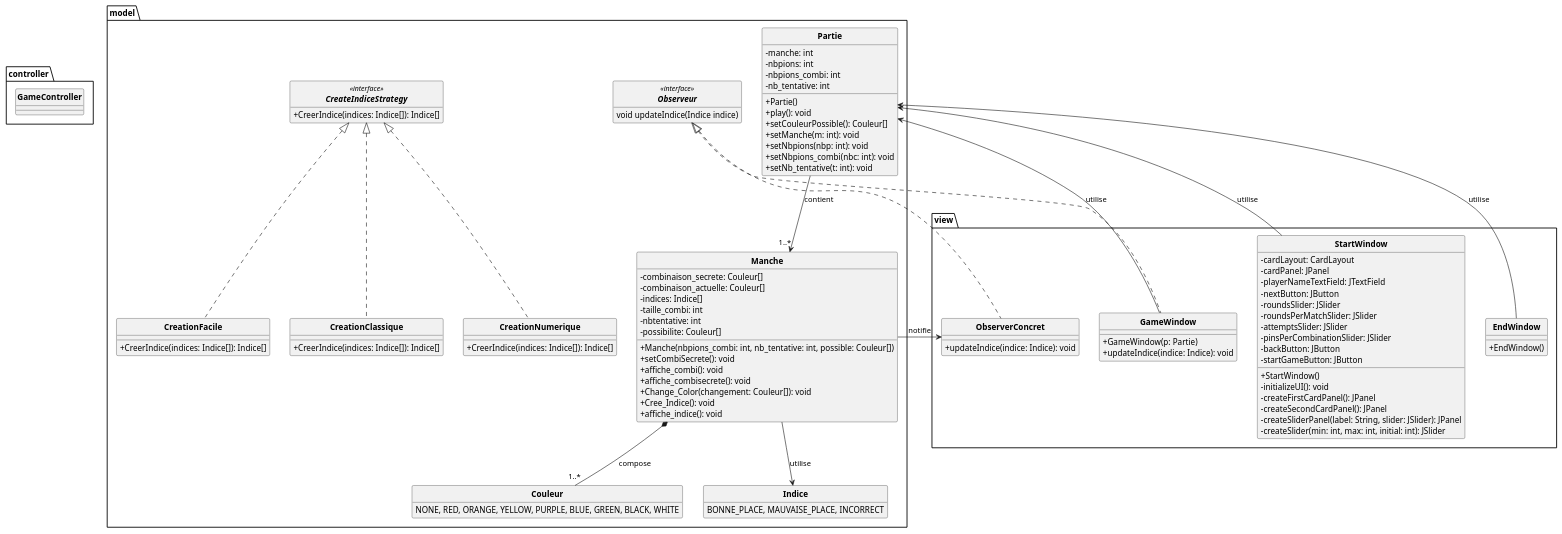
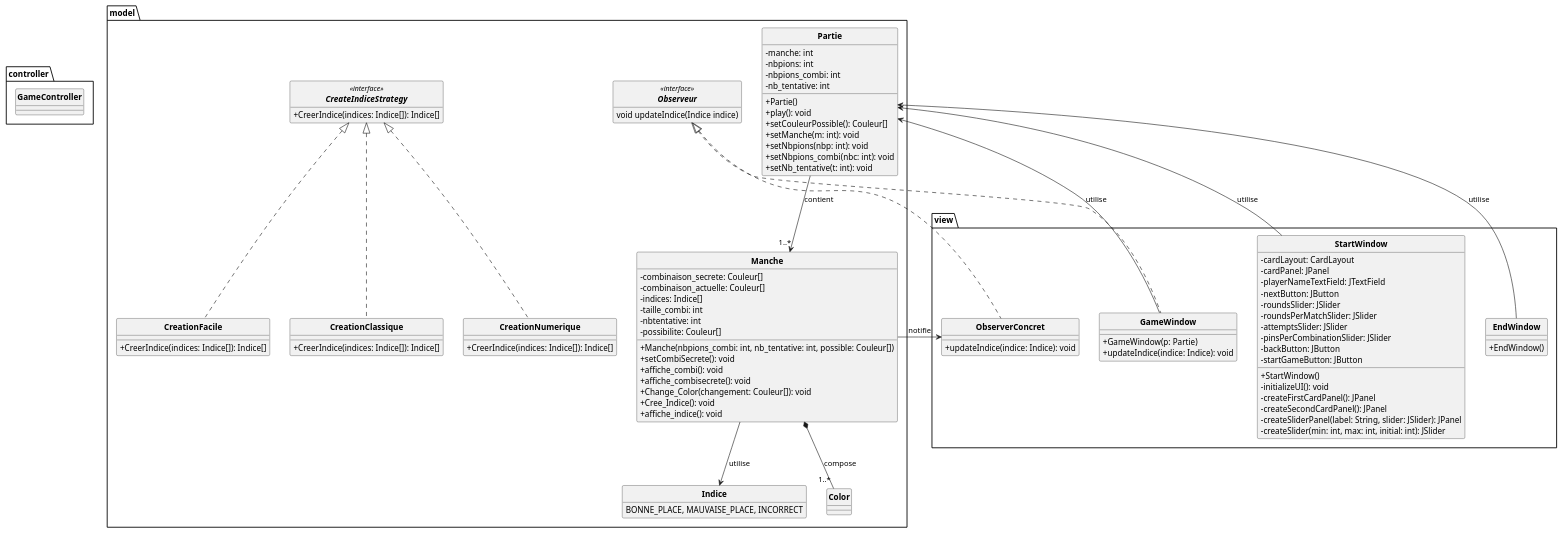
Before and after one commit to yassinkioua/Mastermind: the diagram in Projet/Projet_Mastermind/src/DCC_mastermind.puml, drawn with PlantUML. The commit also changed 43 other files, not shown here.

```diff
--- a/Projet/Projet_Mastermind/src/DCC_mastermind.puml
+++ b/Projet/Projet_Mastermind/src/DCC_mastermind.puml
@@ -1,135 +1,130 @@
 @startuml
 'https://plantuml.com/class-diagram
 
 skinparam style strictuml
 skinparam classAttributeIconSize 0
 skinparam classFontStyle Bold
 hide enum methods
 hide interface attributes
 
 package controller
 {
     class GameController{}
 }
 
 package model
 {
     class Partie
     {
         - manche: int
         - nbpions: int
         - nbpions_combi: int
         - nb_tentative: int
 
         + Partie()
         + play(): void
         + setCouleurPossible(): Couleur[]
         + setManche(m: int): void
         + setNbpions(nbp: int): void
         + setNbpions_combi(nbc: int): void
         + setNb_tentative(t: int): void
     }
 
     class Manche
     {
         - combinaison_secrete: Couleur[]
         - combinaison_actuelle: Couleur[]
         - indices: Indice[]
         - taille_combi: int
         - nbtentative: int
         - possibilite: Couleur[]
 
         + Manche(nbpions_combi: int, nb_tentative: int, possible: Couleur[])
         + setCombiSecrete(): void
         + affiche_combi(): void
         + affiche_combisecrete(): void
         + Change_Color(changement: Couleur[]): void
         + Cree_Indice(): void
         + affiche_indice(): void
-    }
-
-    enum Couleur
-    {
-        NONE, RED, ORANGE, YELLOW, PURPLE, BLUE, GREEN, BLACK, WHITE
     }
 
     enum Indice
     {
         BONNE_PLACE, MAUVAISE_PLACE, INCORRECT
     }
 
     interface CreateIndiceStrategy <<interface>>
     {
         + CreerIndice(indices: Indice[]): Indice[]
     }
 
     class CreationFacile implements CreateIndiceStrategy
     {
         + CreerIndice(indices: Indice[]): Indice[]
     }
 
     class CreationClassique implements CreateIndiceStrategy
     {
         + CreerIndice(indices: Indice[]): Indice[]
     }
 
     class CreationNumerique implements CreateIndiceStrategy
     {
         + CreerIndice(indices: Indice[]): Indice[]
     }
 
     interface Observeur <<interface>>
     {
         void updateIndice(Indice indice)
     }
 
 }
 
 package view
 {
     class StartWindow
     {
         - cardLayout: CardLayout
         - cardPanel: JPanel
         - playerNameTextField: JTextField
         - nextButton: JButton
         - roundsSlider: JSlider
         - roundsPerMatchSlider: JSlider
         - attemptsSlider: JSlider
         - pinsPerCombinationSlider: JSlider
         - backButton: JButton
         - startGameButton: JButton
 
         + StartWindow()
         - initializeUI(): void
         - createFirstCardPanel(): JPanel
         - createSecondCardPanel(): JPanel
         - createSliderPanel(label: String, slider: JSlider): JPanel
         - createSlider(min: int, max: int, initial: int): JSlider
     }
 
     class ObserverConcret implements model.Observeur
     {
         + updateIndice(indice: Indice): void
     }
 
     class GameWindow implements model.Observeur
     {
         + GameWindow(p: Partie)
         + updateIndice(indice: Indice): void
     }
 
     class EndWindow
     {
         + EndWindow()
     }
 }
 
 model.Partie --> "1..*" model.Manche : contient
-model.Manche *-- "1..*" model.Couleur : compose
+model.Manche *-- "1..*" model.Color : compose
 model.Manche --> model.Indice : utilise
 model.Manche --> view.ObserverConcret : notifie
 view.StartWindow --> model.Partie : utilise
 view.GameWindow --> model.Partie : utilise
 view.EndWindow --> model.Partie : utilise
 @enduml
```
